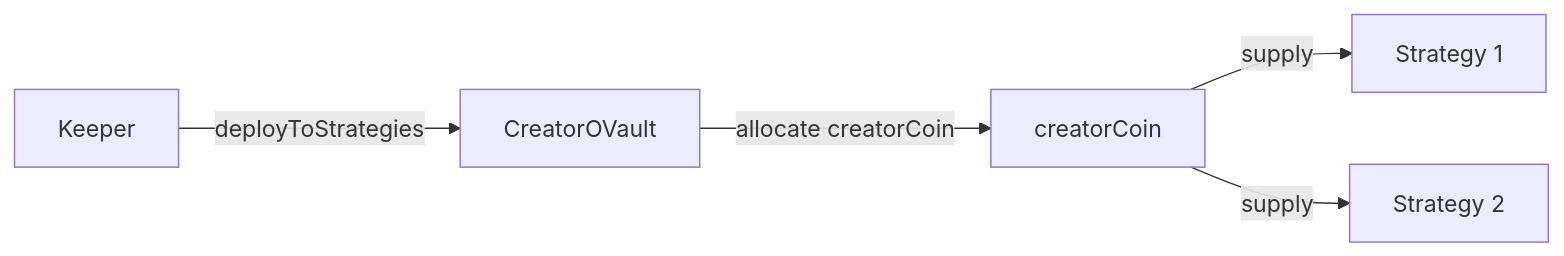
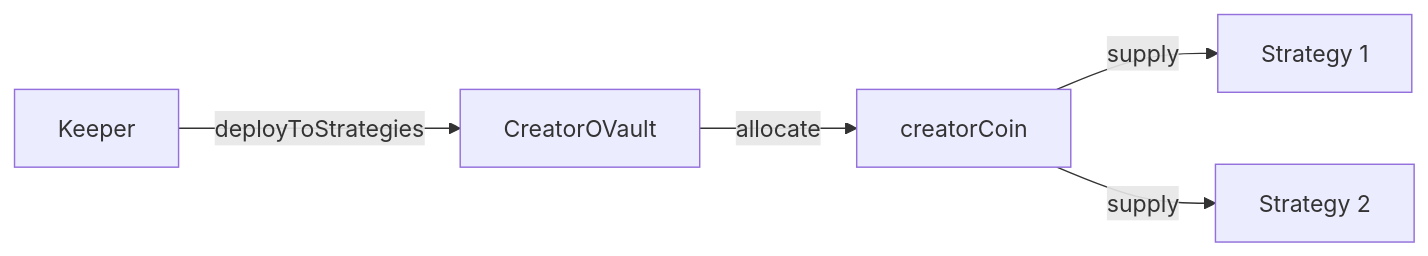
One commit to 4626fun/4626 changed the second of 3 diagrams in docs/contracts/core/creator-ovault.md. Above: the diagram before and after it, drawn with Mermaid. The commit also changed other lines of this file and 11 other files, not shown here.

````diff
--- a/docs/contracts/core/creator-ovault.md
+++ b/docs/contracts/core/creator-ovault.md
@@ -104,7 +79,7 @@
 ```mermaid
 flowchart LR
     Keeper[Keeper] -->|deployToStrategies| Vault[CreatorOVault]
-    Vault -->|allocate creatorCoin| C[creatorCoin]
+    Vault -->|allocate| C[creatorCoin]
     C -->|supply| S1[Strategy 1]
     C -->|supply| S2[Strategy 2]
 ```
````
